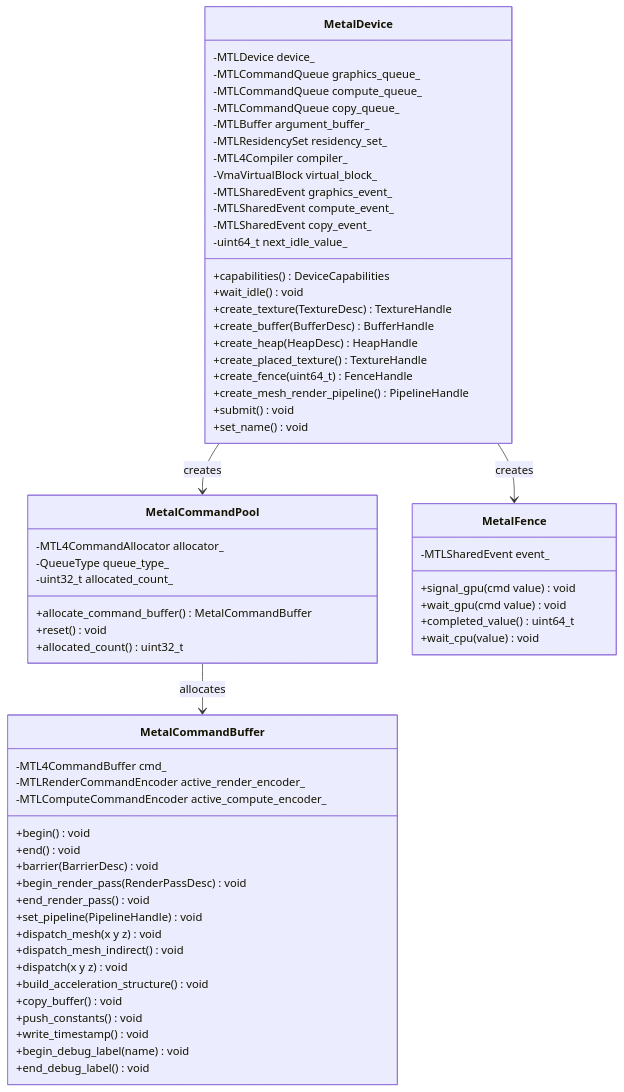
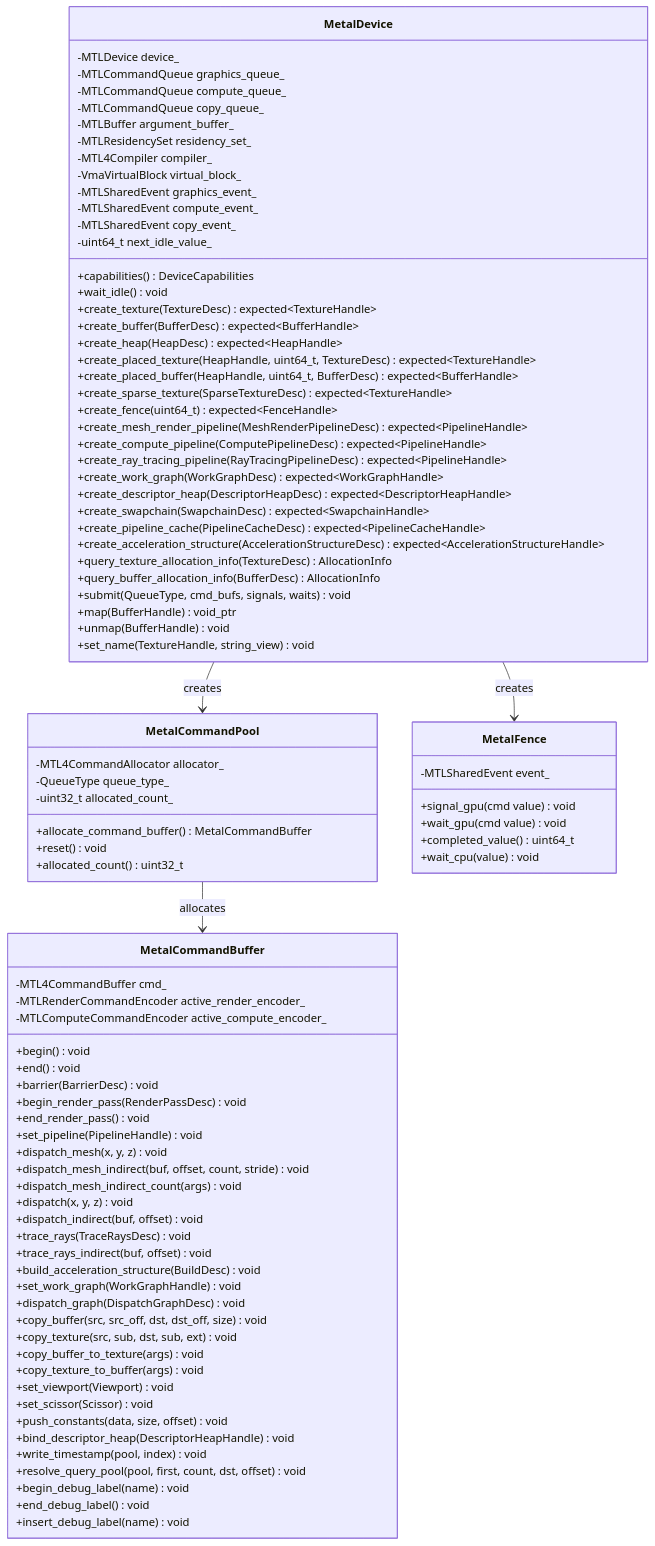
The first of 7 diagrams in docs/design/gpu-backend-metal-classes.md (harmonius-dev/harmonius), drawn with Mermaid before and after one commit. The commit also changed 10 other files, not shown here.

```diff
--- a/docs/design/gpu-backend-metal-classes.md
+++ b/docs/design/gpu-backend-metal-classes.md
@@ -55,14 +55,27 @@
         -uint64_t next_idle_value_
         +capabilities() DeviceCapabilities
         +wait_idle() void
-        +create_texture(TextureDesc) TextureHandle
-        +create_buffer(BufferDesc) BufferHandle
-        +create_heap(HeapDesc) HeapHandle
-        +create_placed_texture() TextureHandle
-        +create_fence(uint64_t) FenceHandle
-        +create_mesh_render_pipeline() PipelineHandle
-        +submit() void
-        +set_name() void
+        +create_texture(TextureDesc) expected~TextureHandle~
+        +create_buffer(BufferDesc) expected~BufferHandle~
+        +create_heap(HeapDesc) expected~HeapHandle~
+        +create_placed_texture(HeapHandle, uint64_t, TextureDesc) expected~TextureHandle~
+        +create_placed_buffer(HeapHandle, uint64_t, BufferDesc) expected~BufferHandle~
+        +create_sparse_texture(SparseTextureDesc) expected~TextureHandle~
+        +create_fence(uint64_t) expected~FenceHandle~
+        +create_mesh_render_pipeline(MeshRenderPipelineDesc) expected~PipelineHandle~
+        +create_compute_pipeline(ComputePipelineDesc) expected~PipelineHandle~
+        +create_ray_tracing_pipeline(RayTracingPipelineDesc) expected~PipelineHandle~
+        +create_work_graph(WorkGraphDesc) expected~WorkGraphHandle~
+        +create_descriptor_heap(DescriptorHeapDesc) expected~DescriptorHeapHandle~
+        +create_swapchain(SwapchainDesc) expected~SwapchainHandle~
+        +create_pipeline_cache(PipelineCacheDesc) expected~PipelineCacheHandle~
+        +create_acceleration_structure(AccelerationStructureDesc) expected~AccelerationStructureHandle~
+        +query_texture_allocation_info(TextureDesc) AllocationInfo
+        +query_buffer_allocation_info(BufferDesc) AllocationInfo
+        +submit(QueueType, cmd_bufs, signals, waits) void
+        +map(BufferHandle) void_ptr
+        +unmap(BufferHandle) void
+        +set_name(TextureHandle, string_view) void
     }
     class MetalCommandPool {
         -MTL4CommandAllocator allocator_
@@ -82,15 +95,29 @@
         +begin_render_pass(RenderPassDesc) void
         +end_render_pass() void
         +set_pipeline(PipelineHandle) void
-        +dispatch_mesh(x y z) void
-        +dispatch_mesh_indirect() void
-        +dispatch(x y z) void
-        +build_acceleration_structure() void
-        +copy_buffer() void
-        +push_constants() void
-        +write_timestamp() void
+        +dispatch_mesh(x, y, z) void
+        +dispatch_mesh_indirect(buf, offset, count, stride) void
+        +dispatch_mesh_indirect_count(args) void
+        +dispatch(x, y, z) void
+        +dispatch_indirect(buf, offset) void
+        +trace_rays(TraceRaysDesc) void
+        +trace_rays_indirect(buf, offset) void
+        +build_acceleration_structure(BuildDesc) void
+        +set_work_graph(WorkGraphHandle) void
+        +dispatch_graph(DispatchGraphDesc) void
+        +copy_buffer(src, src_off, dst, dst_off, size) void
+        +copy_texture(src, sub, dst, sub, ext) void
+        +copy_buffer_to_texture(args) void
+        +copy_texture_to_buffer(args) void
+        +set_viewport(Viewport) void
+        +set_scissor(Scissor) void
+        +push_constants(data, size, offset) void
+        +bind_descriptor_heap(DescriptorHeapHandle) void
+        +write_timestamp(pool, index) void
+        +resolve_query_pool(pool, first, count, dst, offset) void
         +begin_debug_label(name) void
         +end_debug_label() void
+        +insert_debug_label(name) void
     }
     class MetalFence {
         -MTLSharedEvent event_
```
